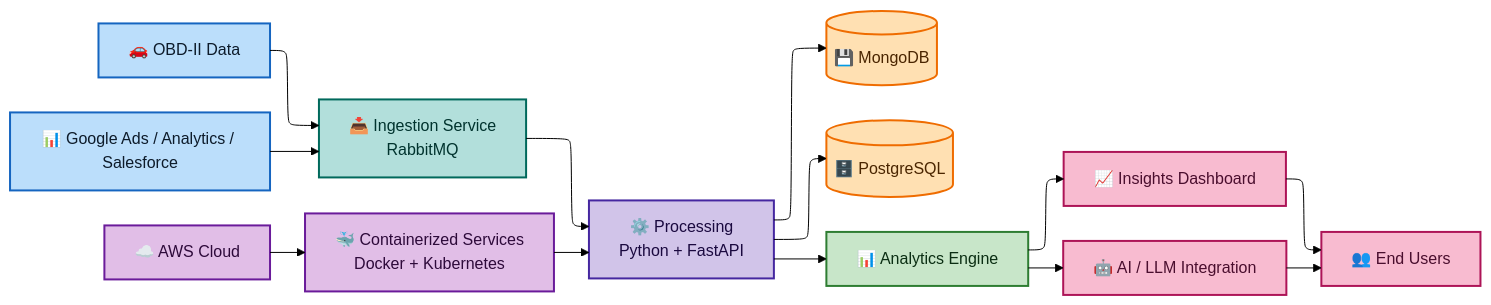
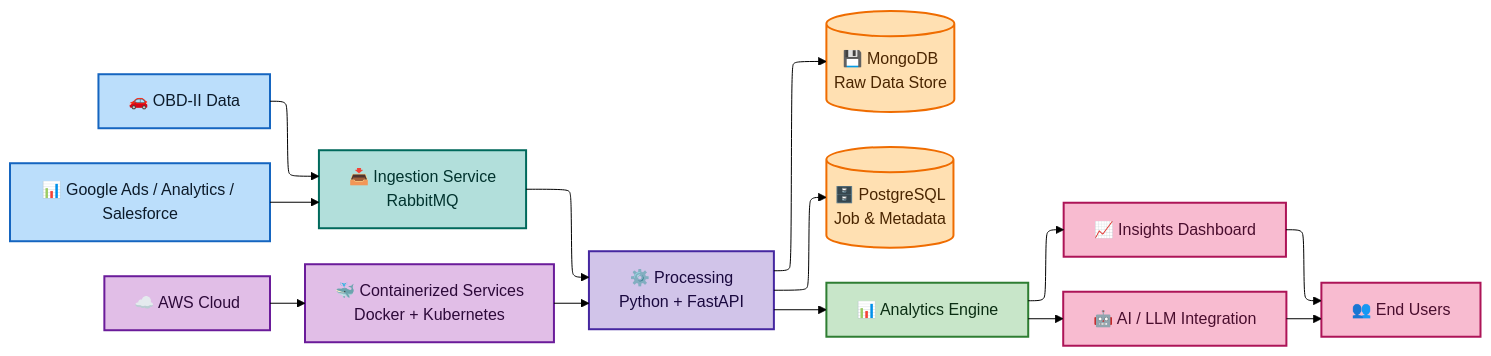
The diagram in assets/images/diagrams/deep-view-analytics/deep-view-analytics-architecture_overview.mmd (nitty01/html-portfolio), drawn with Mermaid (forest theme) before and after one commit. The commit also changed 8 other files, not shown here.

```diff
--- a/assets/images/diagrams/deep-view-analytics/deep-view-analytics-architecture_overview.mmd
+++ b/assets/images/diagrams/deep-view-analytics/deep-view-analytics-architecture_overview.mmd
@@ -1,33 +1,33 @@
 ---
 config:
   layout: elk
 ---
 flowchart LR
     A["🚗 OBD-II Data"] --> B["📥 Ingestion Service<br>RabbitMQ"]
     C["📊 Google Ads / Analytics / Salesforce"] --> B
     B --> D["⚙️ Processing<br>Python + FastAPI"]
-    D --> E[("💾 MongoDB")] & F[("🗄️ PostgreSQL")] & G["📊 Analytics Engine"]
+    D --> E[("💾 MongoDB<br>Raw Data Store")] & F[("🗄️ PostgreSQL<br>Job & Metadata")] & G["📊 Analytics Engine"]
     G --> H["📈 Insights Dashboard"] & I["🤖 AI / LLM Integration"]
     H --> J["👥 End Users"]
     I --> J
     K["🐳 Containerized Services<br>Docker + Kubernetes"] --> D
     L["☁️ AWS Cloud"] --> K
      A:::source
      B:::ingestion
      C:::source
      D:::processing
      E:::storage
      F:::storage
      G:::analytics
      H:::output
      I:::output
      J:::output
      K:::infra
      L:::infra
     classDef source fill:#BBDEFB,stroke:#1565C0,stroke-width:2px,color:#0D1B2A
     classDef ingestion fill:#B2DFDB,stroke:#00695C,stroke-width:2px,color:#00332E
     classDef processing fill:#D1C4E9,stroke:#4527A0,stroke-width:2px,color:#1A093F
     classDef storage fill:#FFE0B2,stroke:#EF6C00,stroke-width:2px,color:#4A2500
     classDef analytics fill:#C8E6C9,stroke:#2E7D32,stroke-width:2px,color:#0B2E13
     classDef output fill:#F8BBD0,stroke:#AD1457,stroke-width:2px,color:#4A0E2E
     classDef infra fill:#E1BEE7,stroke:#6A1B9A,stroke-width:2px,color:#2D0A3A
```
